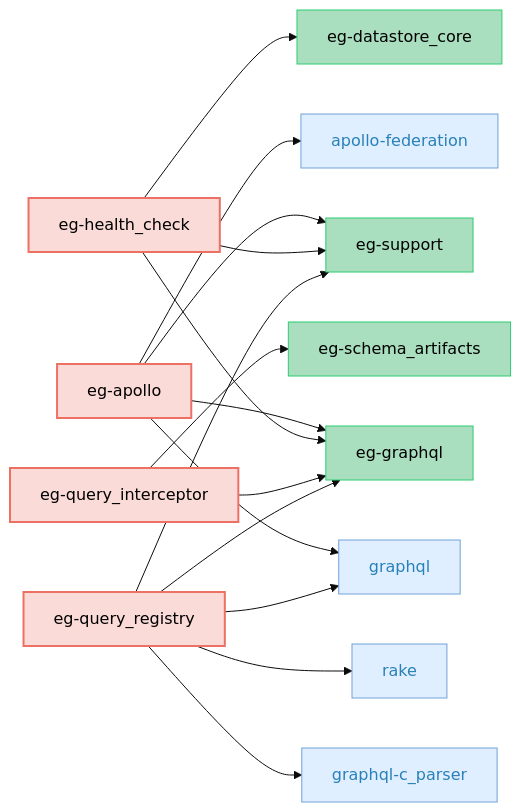
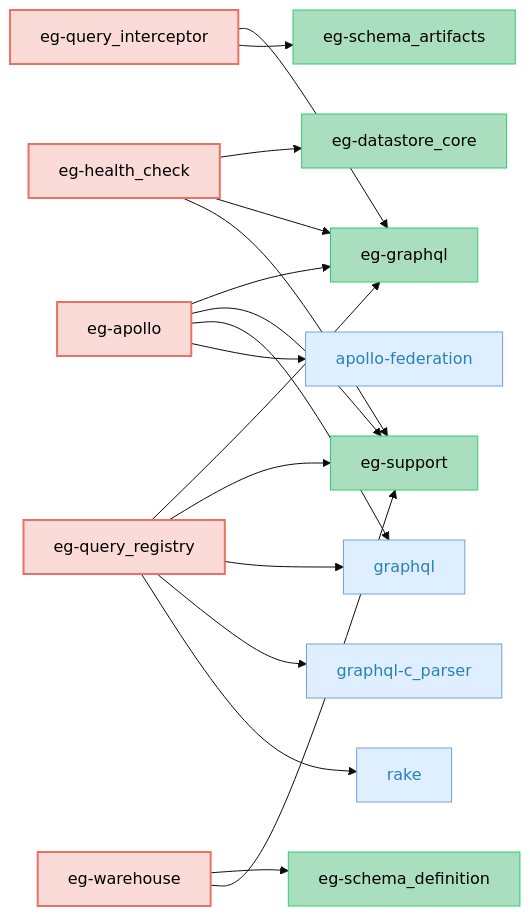
The fourth of 5 diagrams in CODEBASE_OVERVIEW.md (ciaran51/elasticgraph), drawn with Mermaid (base theme) before and after one commit. The commit also changed other lines of this file and 38 other files, not shown here.

````diff
--- a/CODEBASE_OVERVIEW.md
+++ b/CODEBASE_OVERVIEW.md
@@ -214,48 +215,54 @@
 ```mermaid
 graph LR;
     classDef targetGemStyle fill:#FADBD8,stroke:#EC7063,color:#000,stroke-width:2px;
     classDef otherEgGemStyle fill:#A9DFBF,stroke:#2ECC71,color:#000;
     classDef externalGemCatStyle fill:#E0EFFF,stroke:#70A1D7,color:#2980B9;
     elasticgraph-apollo["eg-apollo"];
     elasticgraph-graphql["eg-graphql"];
     elasticgraph-support["eg-support"];
     graphql["graphql"];
     apollo-federation["apollo-federation"];
     elasticgraph-health_check["eg-health_check"];
     elasticgraph-datastore_core["eg-datastore_core"];
     elasticgraph-query_interceptor["eg-query_interceptor"];
     elasticgraph-schema_artifacts["eg-schema_artifacts"];
     elasticgraph-query_registry["eg-query_registry"];
     graphql-c_parser["graphql-c_parser"];
     rake["rake"];
+    elasticgraph-warehouse["eg-warehouse"];
+    elasticgraph-schema_definition["eg-schema_definition"];
     elasticgraph-apollo --> elasticgraph-graphql;
     elasticgraph-apollo --> elasticgraph-support;
     elasticgraph-apollo --> graphql;
     elasticgraph-apollo --> apollo-federation;
     elasticgraph-health_check --> elasticgraph-datastore_core;
     elasticgraph-health_check --> elasticgraph-graphql;
     elasticgraph-health_check --> elasticgraph-support;
     elasticgraph-query_interceptor --> elasticgraph-graphql;
     elasticgraph-query_interceptor --> elasticgraph-schema_artifacts;
     elasticgraph-query_registry --> elasticgraph-graphql;
     elasticgraph-query_registry --> elasticgraph-support;
     elasticgraph-query_registry --> graphql;
     elasticgraph-query_registry --> graphql-c_parser;
     elasticgraph-query_registry --> rake;
+    elasticgraph-warehouse --> elasticgraph-schema_definition;
+    elasticgraph-warehouse --> elasticgraph-support;
     class elasticgraph-apollo targetGemStyle;
     class elasticgraph-graphql otherEgGemStyle;
     class elasticgraph-support otherEgGemStyle;
     class graphql externalGemCatStyle;
     class apollo-federation externalGemCatStyle;
     class elasticgraph-health_check targetGemStyle;
     class elasticgraph-datastore_core otherEgGemStyle;
     class elasticgraph-query_interceptor targetGemStyle;
     class elasticgraph-schema_artifacts otherEgGemStyle;
     class elasticgraph-query_registry targetGemStyle;
     class graphql-c_parser externalGemCatStyle;
     class rake externalGemCatStyle;
+    class elasticgraph-warehouse targetGemStyle;
+    class elasticgraph-schema_definition otherEgGemStyle;
     click graphql href "https://rubygems.org/gems/graphql" "Open on RubyGems.org" _blank;
     click apollo-federation href "https://rubygems.org/gems/apollo-federation" "Open on RubyGems.org" _blank;
     click graphql-c_parser href "https://rubygems.org/gems/graphql-c_parser" "Open on RubyGems.org" _blank;
     click rake href "https://rubygems.org/gems/rake" "Open on RubyGems.org" _blank;
 ```
````
